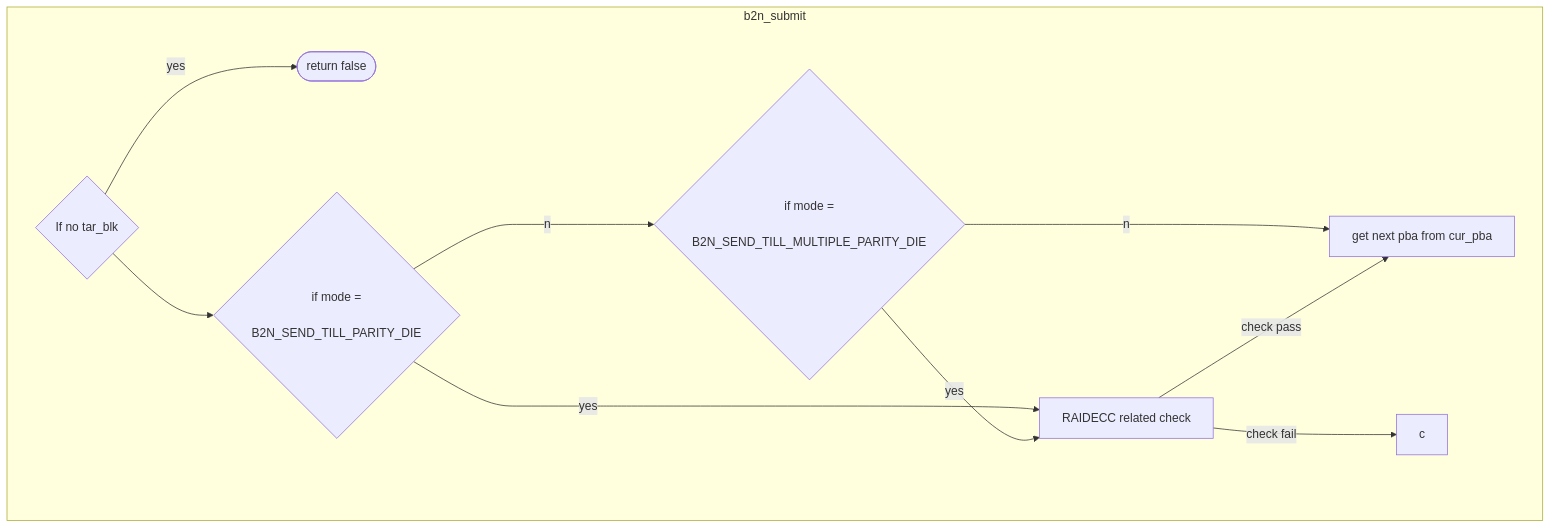
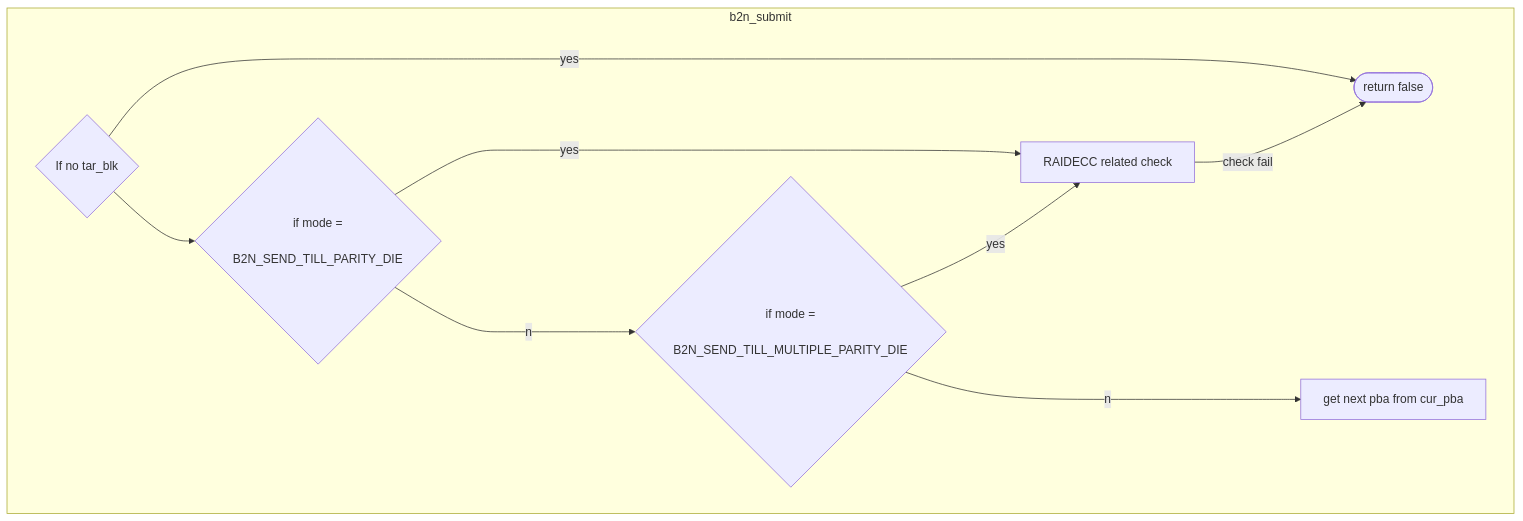
One commit to jenny112646/iodraw-files changed the diagram in all/未命名-2.md. Above: the diagram before and after it, drawn with Mermaid.

Commit message:
2024-06-07 10:55:51 update

````diff
--- a/all/未命名-2.md
+++ b/all/未命名-2.md
@@ -1,16 +1,15 @@
 ```mermaid
 flowchart TD
 subgraph b2n_submit
     direction LR
     c1{"If no tar_blk"} --yes--> c2([return false])
     c1 --> c3{"if mode =
     B2N_SEND_TILL_PARITY_DIE"}
     c3 --yes--> c4["RAIDECC related check"]
     c3 --no---> c5{"if mode =
     B2N_SEND_TILL_MULTIPLE_PARITY_DIE"}
     c5 --yes--> c4["RAIDECC related check"]
     c5 --no--> c6["get next pba from cur_pba"]
-    c4 --"check pass"--> c6
-    c4 --"check fail"--> c
+    c4 --"check fail"--> c2
 end
 ```
````
